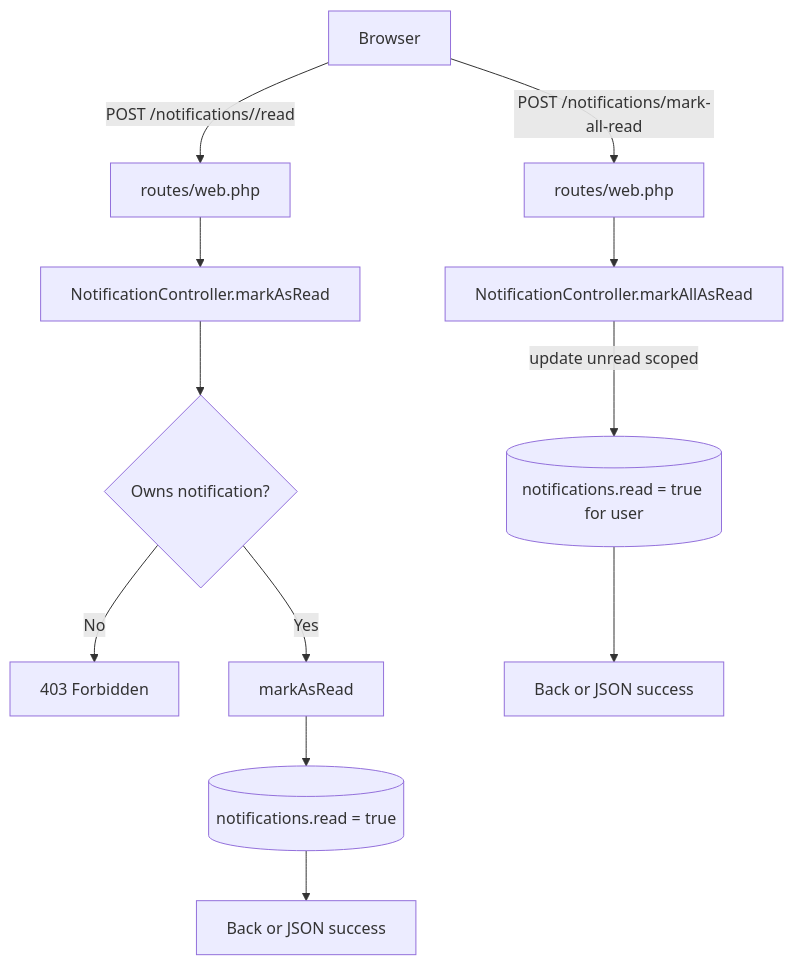
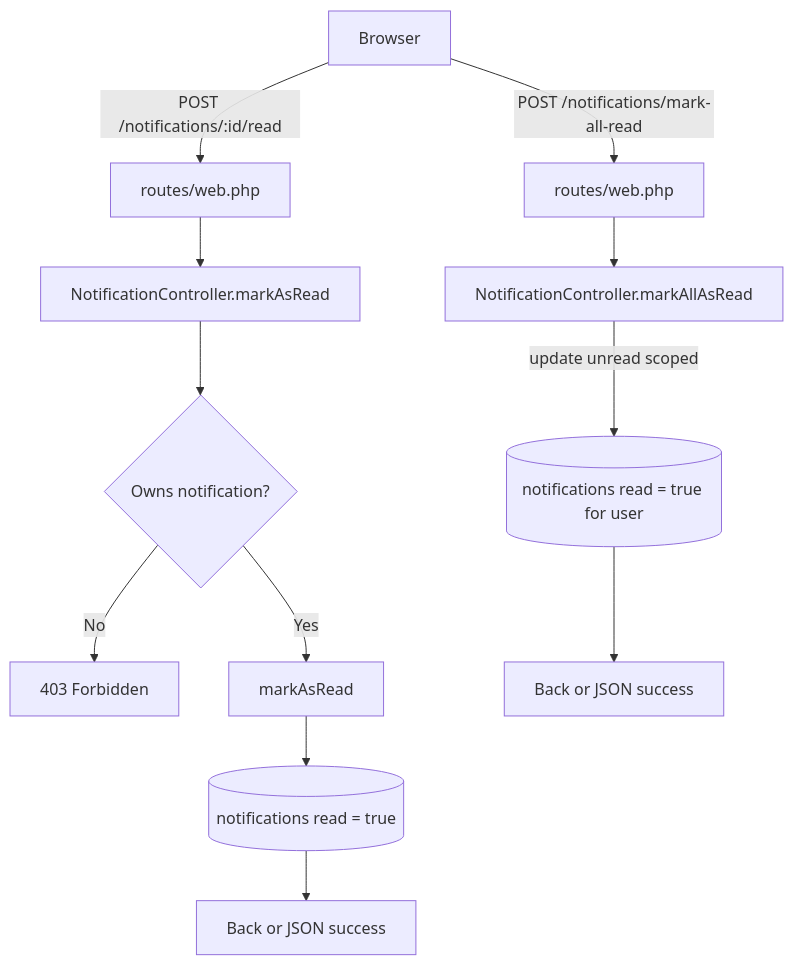
The sixth of 8 diagrams in docs/flow-maps.md (Haggai-dev665/TeamBoard), drawn with Mermaid before and after one commit. The commit also changed other lines of this file, not shown here.

````diff
--- a/docs/flow-maps.md
+++ b/docs/flow-maps.md
@@ -139,15 +139,15 @@
 ```mermaid
 flowchart TD
-  A["Browser"] -->|POST /notifications/<id>/read| R["routes/web.php"]
+  A["Browser"] -->|POST /notifications/:id/read| R["routes/web.php"]
   R --> C["NotificationController.markAsRead"]
   C --> O{"Owns notification?"}
   O -->|No| ERR["403 Forbidden"]
   O -->|Yes| UPD["markAsRead"]
-  UPD --> DB[(notifications.read = true)]
+  UPD --> DB[(notifications read = true)]
   DB --> OUT["Back or JSON success"]
 
   A -->|POST /notifications/mark-all-read| R2["routes/web.php"]
   R2 --> C2["NotificationController.markAllAsRead"]
-  C2 -->|update unread scoped| DB2[(notifications.read = true for user)]
+  C2 -->|update unread scoped| DB2[(notifications read = true for user)]
   DB2 --> OUT2["Back or JSON success"]
 ```
````
